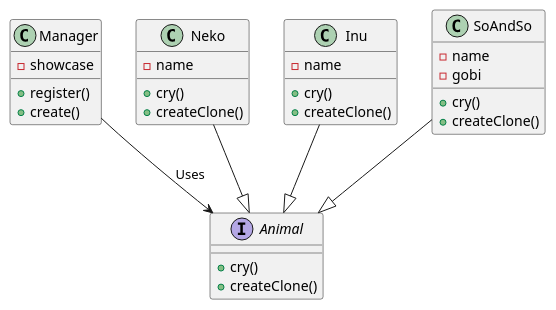
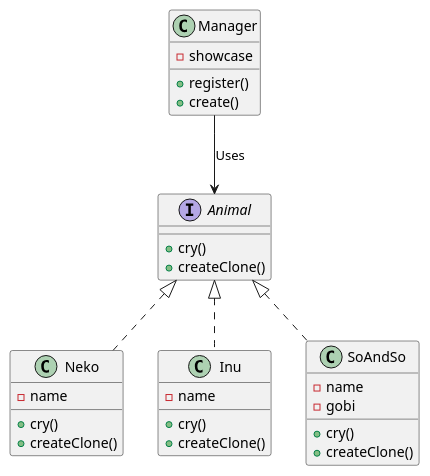
The diagram in UML/Prototype.pu (zazazanoza/DesignPattern), drawn with PlantUML before and after one commit. The commit also changed 43 other files, not shown here.

```diff
--- a/UML/Prototype.pu
+++ b/UML/Prototype.pu
@@ -1,33 +1,28 @@
 @startuml Prototype
 class Manager{
     - showcase
     + register()
     + create()
 }
 interface Animal{
     + cry()
     + createClone()
 }
-class Neko{
+class Neko implements Animal{
     - name
     + cry()
     + createClone()
 }
-class Inu{
+class Inu implements Animal{
     - name
     + cry()
     + createClone()
 }
-class SoAndSo{
+class SoAndSo implements Animal{
     - name
     - gobi
     + cry()
     + createClone()
 }
-
 Manager-->Animal :Uses
-Neko--|>Animal 
-Inu--|>Animal 
-SoAndSo--|>Animal 
-
 @enduml
```
